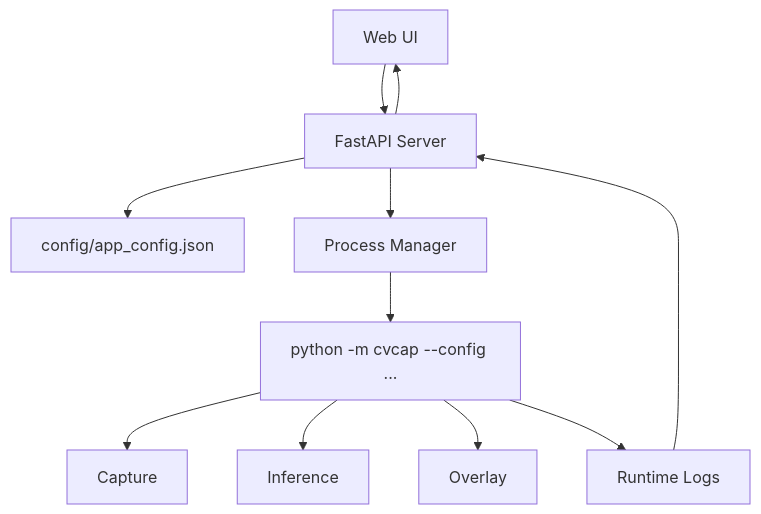
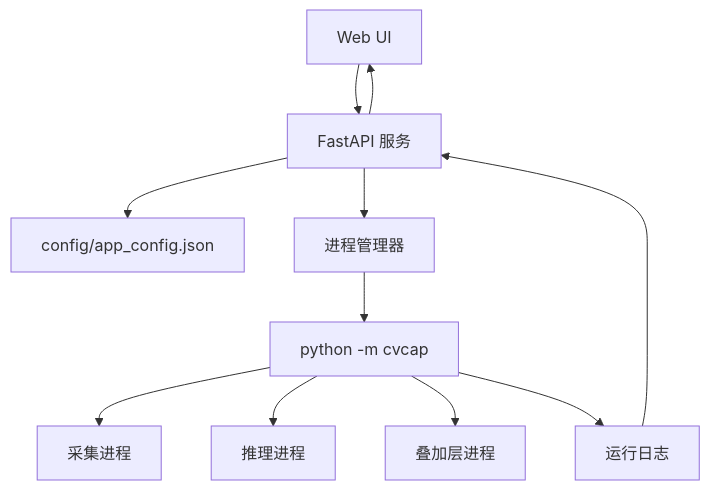
The second of 4 diagrams in readme.md (Rand0MGG/UltraLowLatency-YOLO-Pipeline), drawn with Mermaid before and after one commit. The commit also changed other lines of this file and 20 other files, not shown here.

````diff
--- a/readme.md
+++ b/readme.md
@@ -82,13 +253,13 @@
 ```mermaid
 flowchart TD
-    UI["Web UI"] --> API["FastAPI Server"]
+    UI["Web UI"] --> API["FastAPI 服务"]
     API --> CFG["config/app_config.json"]
-    API --> PM["Process Manager"]
-    PM --> RUN["python -m cvcap --config ..."]
-    RUN --> CAP["Capture"]
-    RUN --> INF["Inference"]
-    RUN --> OVL["Overlay"]
-    RUN --> LOG["Runtime Logs"]
+    API --> PM["进程管理器"]
+    PM --> RUN["python -m cvcap"]
+    RUN --> CAP["采集进程"]
+    RUN --> INF["推理进程"]
+    RUN --> OVL["叠加层进程"]
+    RUN --> LOG["运行日志"]
     LOG --> API
     API --> UI
 ```
````
